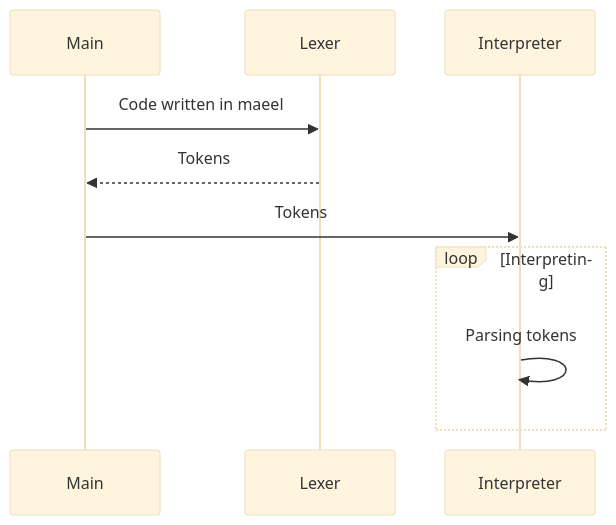
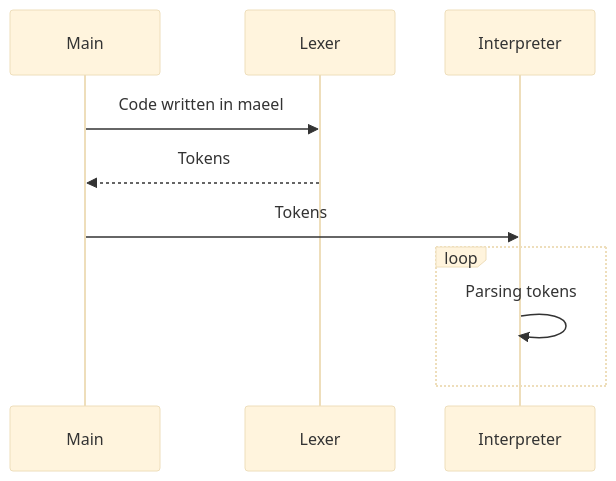
The diagram in README.md (Traumatism/maeel), drawn with Mermaid (base theme) before and after one commit.

````diff
--- a/README.md
+++ b/README.md
@@ -3,13 +3,13 @@
 ```mermaid
 sequenceDiagram
     participant Main
     participant Lexer
     participant Interpreter
 
     Main->>Lexer: Code written in maeel
     Lexer-->>Main: Tokens
     Main->>Interpreter: Tokens
-    loop Interpreting
+    loop
         Interpreter->>Interpreter: Parsing tokens
     end
 ```
````
